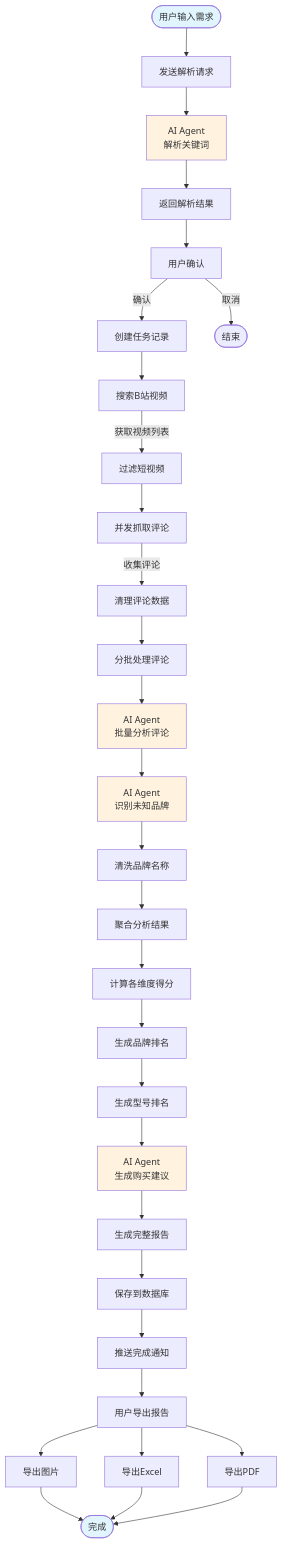
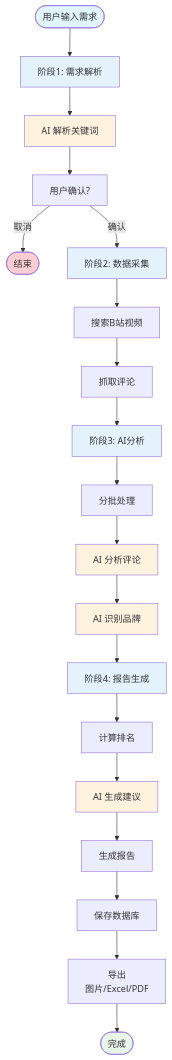
The second of 9 diagrams in README.md (ShellMonster/BiliOpinion), drawn with Mermaid before and after one commit.

Commit message:
docs: 简化Agent调用流程图，按阶段分组展示

````diff
--- a/README.md
+++ b/README.md
@@ -96,52 +96,38 @@
 ```mermaid
 graph TD
-    START(["用户输入需求"]) --> PARSE_REQ["发送解析请求"]
+    START(["用户输入需求"]) --> PHASE1["阶段1: 需求解析"]
+    PHASE1 --> AI1["AI 解析关键词"]
 
-    PARSE_REQ --> AI_KEYWORD["AI Agent<br/>解析关键词"]
+    AI1 --> CONFIRM["用户确认?"]
+    CONFIRM -->|"取消"| END(["结束"])
+    CONFIRM -->|"确认"| PHASE2["阶段2: 数据采集"]
 
-    AI_KEYWORD --> PARSE_RESP["返回解析结果"]
-    PARSE_RESP --> CONFIRM["用户确认"]
+    PHASE2 --> SEARCH["搜索B站视频"]
+    SEARCH --> SCRAPE["抓取评论"]
+    SCRAPE --> PHASE3["阶段3: AI分析"]
 
-    CONFIRM -->|"确认"| CREATE_TASK["创建任务记录"]
-    CONFIRM -->|"取消"| END(["结束"])
+    PHASE3 --> BATCH["分批处理"]
+    BATCH --> AI2["AI 分析评论"]
+    AI2 --> AI3["AI 识别品牌"]
 
-    CREATE_TASK --> SEARCH["搜索B站视频"]
-    SEARCH -->|"获取视频列表"| FILTER_VIDEO["过滤短视频"]
+    AI3 --> PHASE4["阶段4: 报告生成"]
+    PHASE4 --> RANK["计算排名"]
+    RANK --> AI4["AI 生成建议"]
+    AI4 --> REPORT["生成报告"]
 
-    FILTER_VIDEO --> SCRAPE["并发抓取评论"]
-    SCRAPE -->|"收集评论"| CLEAN["清理评论数据"]
-
-    CLEAN --> BATCH["分批处理评论"]
-    BATCH --> AI_ANALYZE["AI Agent<br/>批量分析评论"]
-
-    AI_ANALYZE --> BRAND_IDENT["AI Agent<br/>识别未知品牌"]
-    BRAND_IDENT --> CLEAN_BRAND["清洗品牌名称"]
-
-    CLEAN_BRAND --> AGGREGATE["聚合分析结果"]
-    AGGREGATE --> CALC_SCORE["计算各维度得分"]
-
-    CALC_SCORE --> GEN_RANK["生成品牌排名"]
-    GEN_RANK --> GEN_MODEL["生成型号排名"]
-
-    GEN_MODEL --> AI_RECOMM["AI Agent<br/>生成购买建议"]
-    AI_RECOMM --> GEN_REPORT["生成完整报告"]
-
-    GEN_REPORT --> SAVE_DB["保存到数据库"]
-    SAVE_DB --> NOTIFY["推送完成通知"]
-
-    NOTIFY --> EXPORT["用户导出报告"]
-    EXPORT --> EXPORT_IMG["导出图片"]
-    EXPORT --> EXPORT_XLS["导出Excel"]
-    EXPORT --> EXPORT_PDF["导出PDF"]
-
-    EXPORT_IMG --> COMPLETE(["完成"])
-    EXPORT_XLS --> COMPLETE
-    EXPORT_PDF --> COMPLETE
+    REPORT --> SAVE["保存数据库"]
+    SAVE --> EXPORT["导出<br/>图片/Excel/PDF"]
+    EXPORT --> COMPLETE(["完成"])
 
     style START fill:#e1f5fe
-    style COMPLETE fill:#e1f5fe
-    style AI_KEYWORD fill:#fff3e0
-    style AI_ANALYZE fill:#fff3e0
-    style BRAND_IDENT fill:#fff3e0
-    style AI_RECOMM fill:#fff3e0
+    style COMPLETE fill:#e8f5e9
+    style END fill:#ffcdd2
+    style AI1 fill:#fff3e0
+    style AI2 fill:#fff3e0
+    style AI3 fill:#fff3e0
+    style AI4 fill:#fff3e0
+    style PHASE1 fill:#e3f2fd
+    style PHASE2 fill:#e3f2fd
+    style PHASE3 fill:#e3f2fd
+    style PHASE4 fill:#e3f2fd
 ```
````
